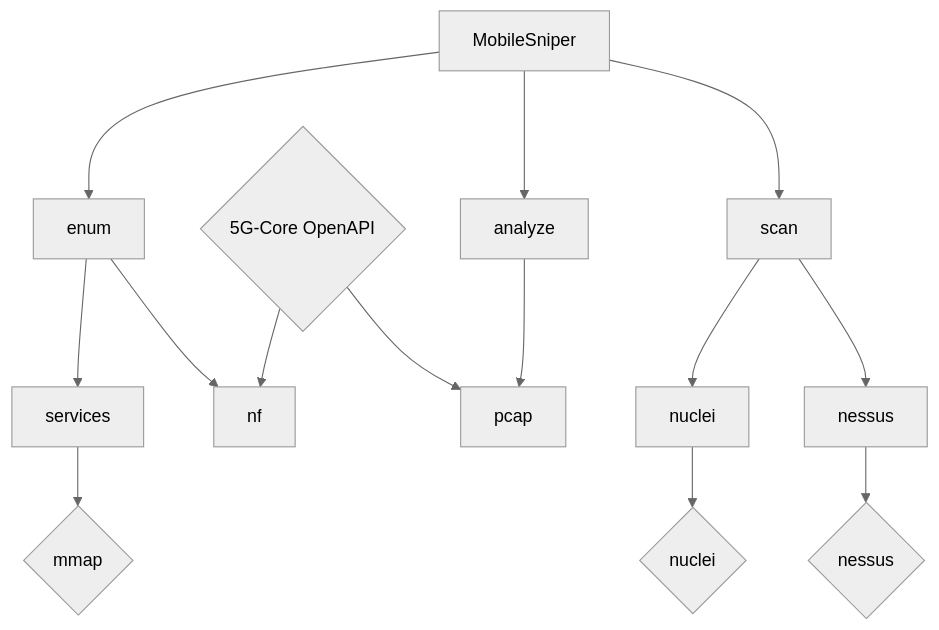
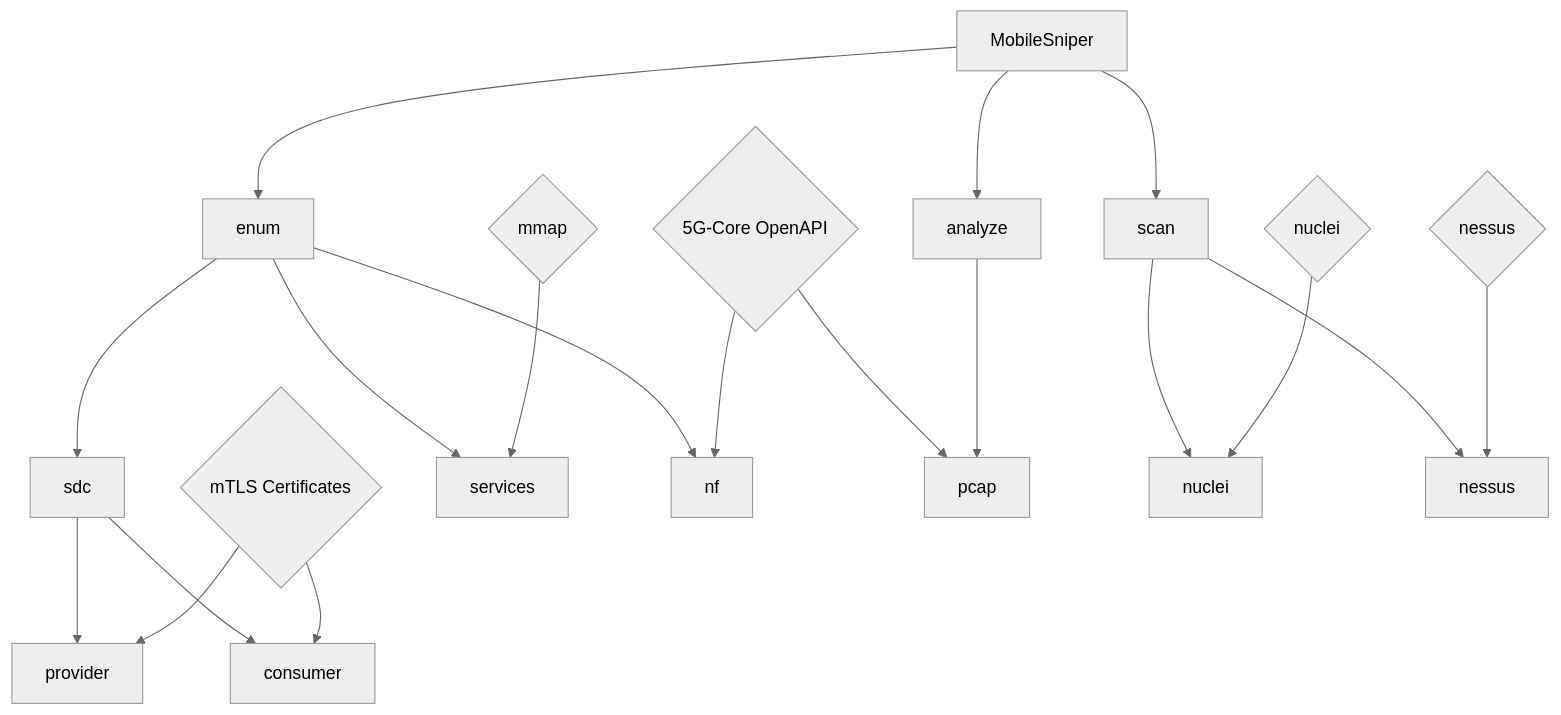
One commit to awareseven/mobilesniper changed the diagram in docs/Architecture.md. Above: the diagram before and after it, drawn with Mermaid (neutral theme). The commit also changed 35 other files, not shown here.

````diff
--- a/docs/Architecture.md
+++ b/docs/Architecture.md
@@ -7,17 +7,29 @@
 ```mermaid
 graph TD
     A[MobileSniper] --> B1[enum]
     A --> B2[analyze]
     A --> B3[scan]
     
-    B1 --> C1[services] --> X1{mmap}
+    B1 --> C3[sdc]
+    C3 --> C4[provider]
+    C3 --> C5[consumer]
+
+    X3{mTLS Certificates} --> C4
+    X3 --> C5
+
+    B1 --> C1[services]
     B1 --> C2[nf]
+    
+    X1{mmap} --> C1
 
     X5{5G-Core OpenAPI} --> C2
     X5 --> D1
     
     B2 --> D1[pcap]
     
-    B3 --> E1[nuclei] --> X2{nuclei}
-    B3 --> E2[nessus] --> X4{nessus}
+    B3 --> E1[nuclei]
+    X2{nuclei} --> E1
+
+    B3 --> E2[nessus]
+    X4{nessus} --> E2
 ```
````
